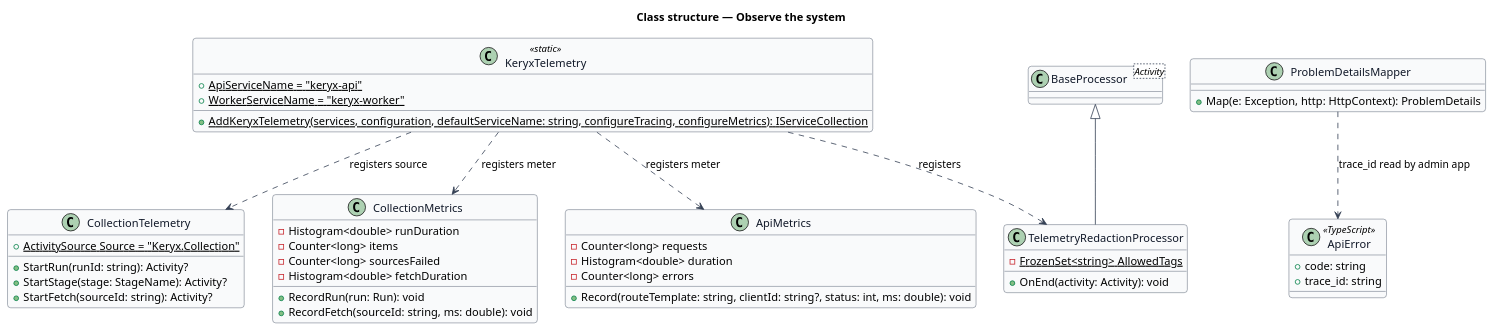
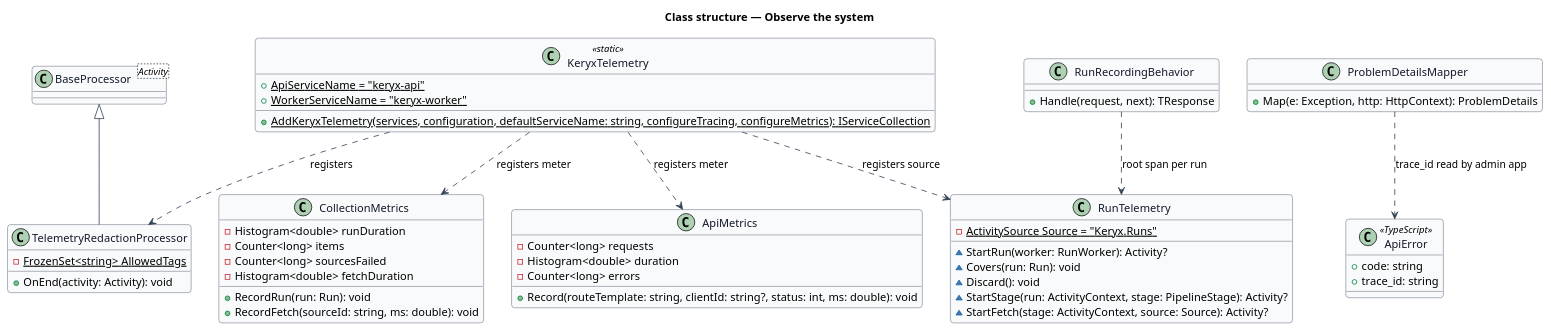
The diagram in docs/detailed-designs/operations/observe-the-system/diagrams/class-structure.puml (QuinntyneBrown/keryx), drawn with PlantUML before and after one commit. The commit also changed 18 other files, not shown here.

First line of the commit message:
Trace each worker run, with a span per stage and per source fetch

```diff
--- a/docs/detailed-designs/operations/observe-the-system/diagrams/class-structure.puml
+++ b/docs/detailed-designs/operations/observe-the-system/diagrams/class-structure.puml
@@ -1,60 +1,66 @@
 @startuml
 ' --- shared skin header ---
 skinparam backgroundColor #FFFFFF
 skinparam shadowing false
 skinparam roundcorner 8
 skinparam defaultFontName Arial
 skinparam ArrowColor #344054
 skinparam class {
   BorderColor #344054
   FontColor #101828
   BackgroundColor #F9FAFB
 }
 ' --------------------------
 title Class structure — Observe the system
 
 class KeryxTelemetry <<static>> {
   +{static} ApiServiceName = "keryx-api"
   +{static} WorkerServiceName = "keryx-worker"
   +{static} AddKeryxTelemetry(services, configuration, defaultServiceName: string, configureTracing, configureMetrics): IServiceCollection
 }
 class TelemetryRedactionProcessor {
   -{static} FrozenSet<string> AllowedTags
   +OnEnd(activity: Activity): void
 }
-class CollectionTelemetry {
-  +{static} ActivitySource Source = "Keryx.Collection"
-  +StartRun(runId: string): Activity?
-  +StartStage(stage: StageName): Activity?
-  +StartFetch(sourceId: string): Activity?
+class RunTelemetry {
+  -{static} ActivitySource Source = "Keryx.Runs"
+  ~StartRun(worker: RunWorker): Activity?
+  ~Covers(run: Run): void
+  ~Discard(): void
+  ~StartStage(run: ActivityContext, stage: PipelineStage): Activity?
+  ~StartFetch(stage: ActivityContext, source: Source): Activity?
+}
+class RunRecordingBehavior {
+  +Handle(request, next): TResponse
 }
 class CollectionMetrics {
   -Histogram<double> runDuration
   -Counter<long> items
   -Counter<long> sourcesFailed
   -Histogram<double> fetchDuration
   +RecordRun(run: Run): void
   +RecordFetch(sourceId: string, ms: double): void
 }
 class ApiMetrics {
   -Counter<long> requests
   -Histogram<double> duration
   -Counter<long> errors
   +Record(routeTemplate: string, clientId: string?, status: int, ms: double): void
 }
 class ProblemDetailsMapper {
   +Map(e: Exception, http: HttpContext): ProblemDetails
 }
 class "BaseProcessor<Activity>" as BP
 class ApiError <<TypeScript>> {
   +code: string
   +trace_id: string
 }
 
 BP <|-- TelemetryRedactionProcessor
 KeryxTelemetry ..> TelemetryRedactionProcessor : registers
-KeryxTelemetry ..> CollectionTelemetry : registers source
+KeryxTelemetry ..> RunTelemetry : registers source
+RunRecordingBehavior ..> RunTelemetry : root span per run
 KeryxTelemetry ..> CollectionMetrics : registers meter
 KeryxTelemetry ..> ApiMetrics : registers meter
 ProblemDetailsMapper ..> ApiError : trace_id read by admin app
 @enduml
```
